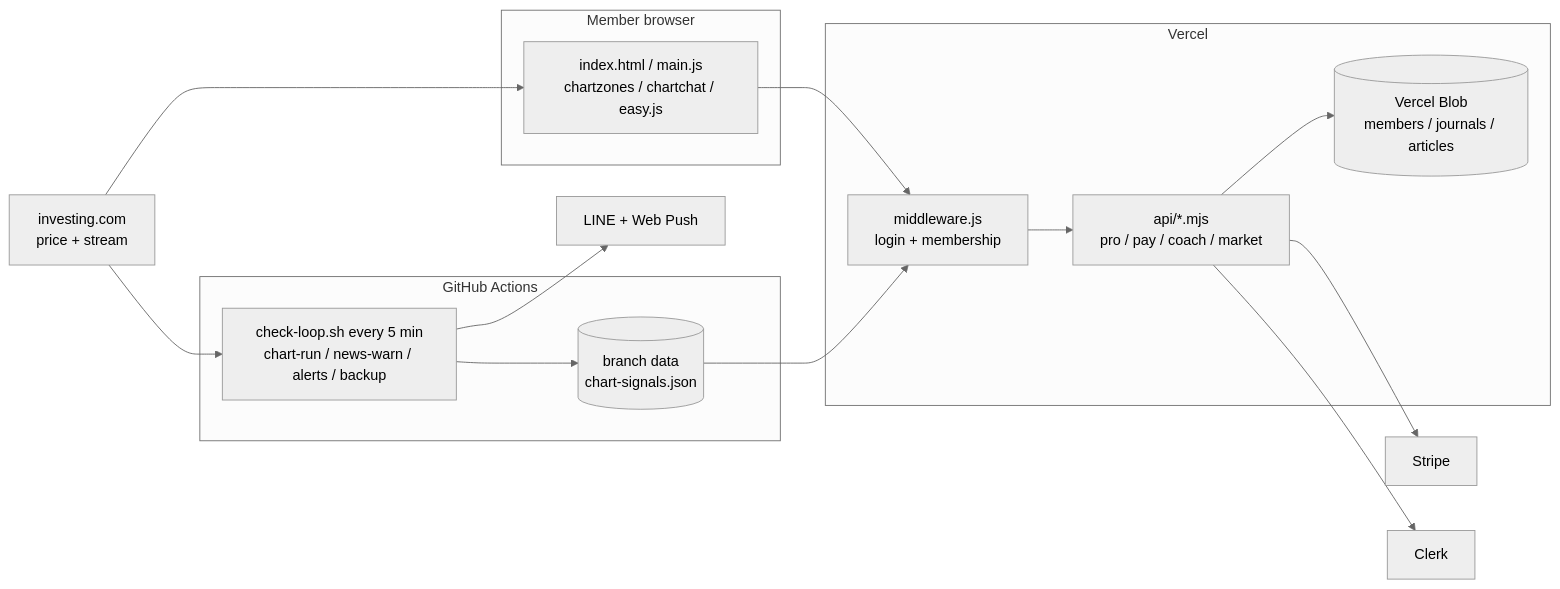
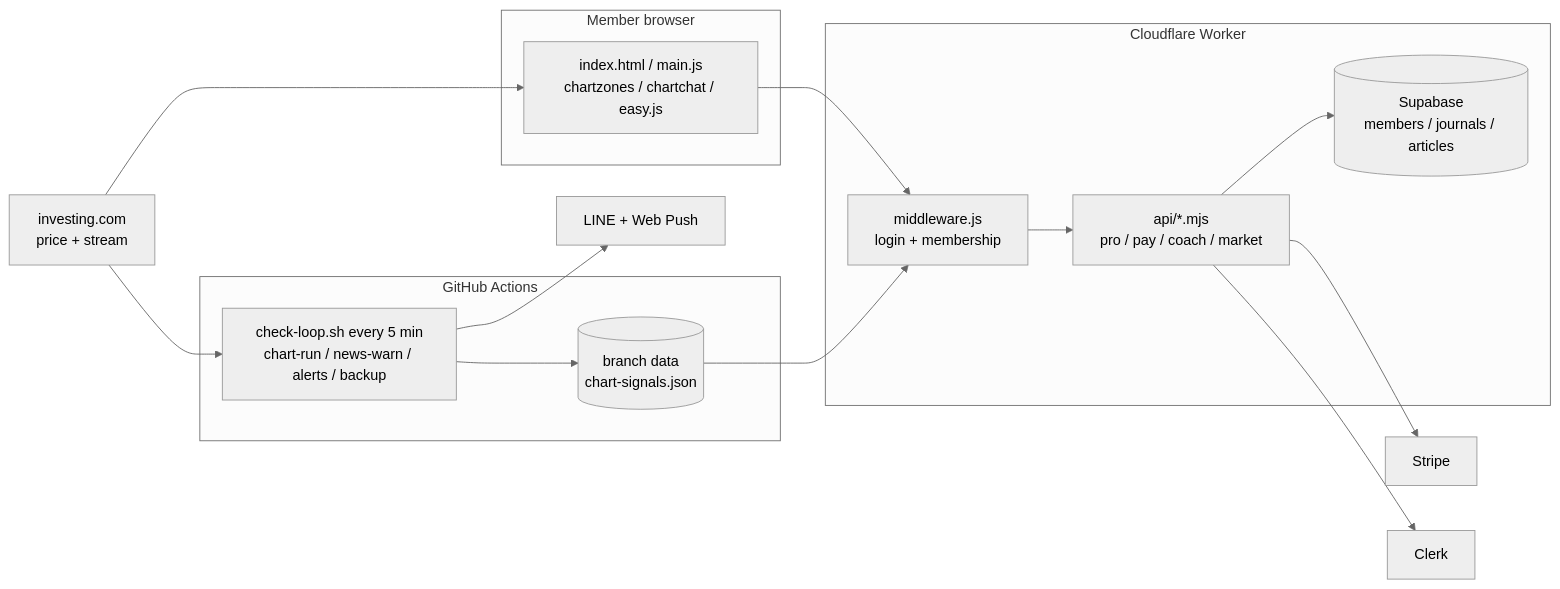
Before and after one commit to tanakrthum254614-max/gold-signal: the diagram in README.md, drawn with Mermaid (neutral theme). The commit also changed other lines of this file, not shown here.

Commit message:
README: Cloudflare Workers + Supabase, new address

````diff
--- a/README.md
+++ b/README.md
@@ -59,26 +59,26 @@
 ```mermaid
 flowchart LR
   INV["investing.com<br/>price + stream"]
   subgraph B["Member browser"]
     UI["index.html / main.js<br/>chartzones / chartchat / easy.js"]
   end
-  subgraph V["Vercel"]
+  subgraph V["Cloudflare Worker"]
     MW["middleware.js<br/>login + membership"]
     API["api/*.mjs<br/>pro / pay / coach / market"]
-    BLOB[("Vercel Blob<br/>members / journals / articles")]
+    BLOB[("Supabase<br/>members / journals / articles")]
   end
   subgraph G["GitHub Actions"]
     LOOP["check-loop.sh every 5 min<br/>chart-run / news-warn / alerts / backup"]
     DATA[("branch data<br/>chart-signals.json")]
   end
   INV --> UI
   INV --> LOOP
   UI --> MW
   MW --> API
   API --> BLOB
   LOOP --> DATA
   DATA --> MW
   LOOP --> LINE["LINE + Web Push"]
   API --> STRIPE["Stripe"]
   API --> CLERK["Clerk"]
 ```
````
